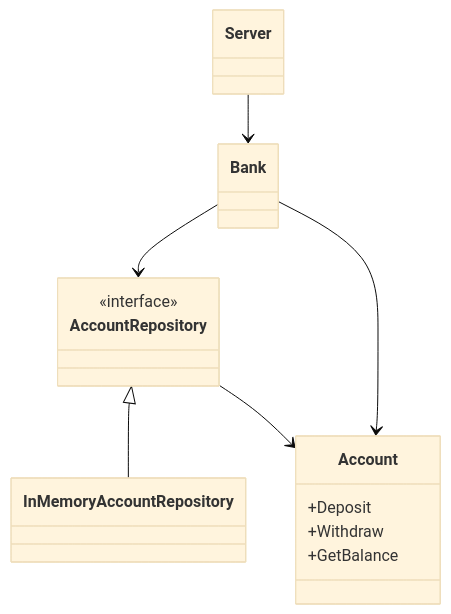
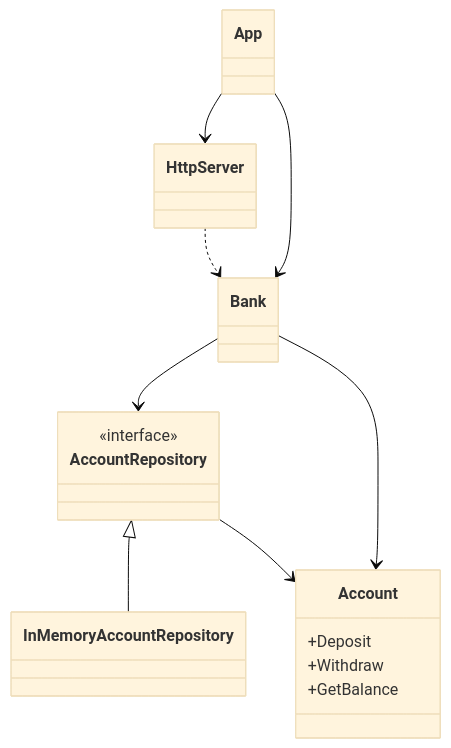
The second of 2 diagrams in README.md (fraylopez/bank-go), drawn with Mermaid (base theme) before and after one commit.

Commit message:
docs: update class diagram

````diff
--- a/README.md
+++ b/README.md
@@ -34,25 +34,27 @@
 ```mermaid
 
 classDiagram
-    class Server
+    class App
+    class HttpServer
     class Bank
     class AccountRepository {
         <<interface>>
     }
     class InMemoryAccountRepository
     class Account {
         +Deposit
         +Withdraw
         +GetBalance
     }
     
-    
-    Server --> Bank
+    App --> HttpServer
+    App --> Bank
+    HttpServer ..> Bank
     Bank --> AccountRepository
     AccountRepository <|-- InMemoryAccountRepository
     Bank --> Account
     AccountRepository --> Account
     
 
 
 ```
````
